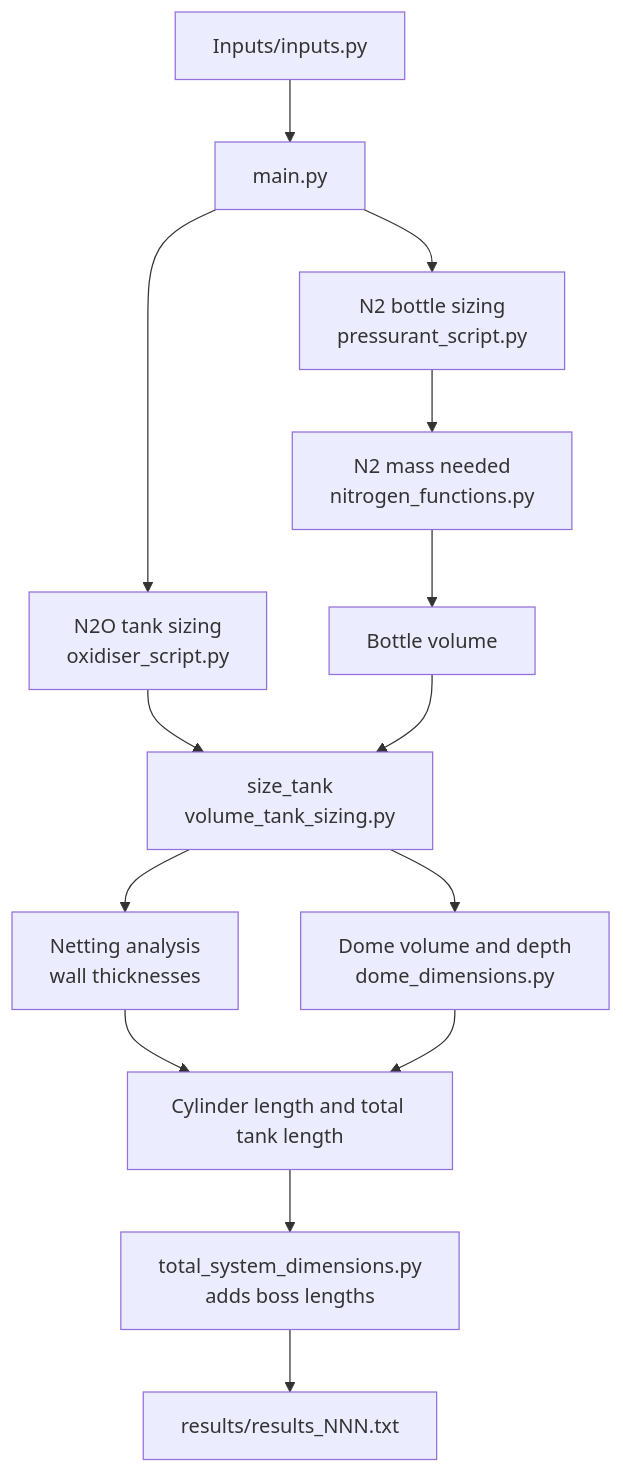
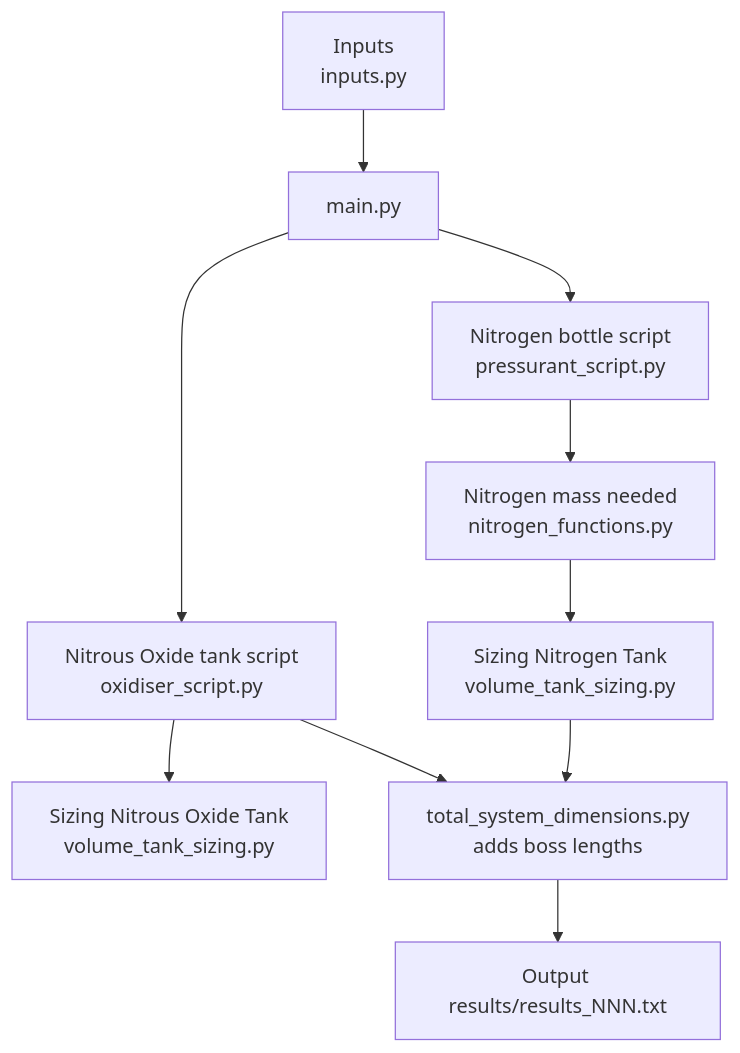
The diagram in README.md (TheRocketeer314/COPV-Tank-Solver), drawn with Mermaid before and after one commit. The commit also changed 1 other file, not shown here.

Commit message:
Fixed flowchart in README.

````diff
--- a/README.md
+++ b/README.md
@@ -12,16 +12,12 @@
 ```mermaid
 flowchart TD
-    A[Inputs/inputs.py] --> B[main.py]
-    B --> C[N2O tank sizing<br>oxidiser_script.py]
-    B --> D[N2 bottle sizing<br>pressurant_script.py]
-    D --> D1[N2 mass needed<br>nitrogen_functions.py]
-    D1 --> D2[Bottle volume]
-    C --> E[size_tank<br>volume_tank_sizing.py]
-    D2 --> E
-    E --> E1[Netting analysis<br>wall thicknesses]
-    E --> E2[Dome volume and depth<br>dome_dimensions.py]
-    E1 --> F[Cylinder length and total tank length]
-    E2 --> F
-    F --> G[total_system_dimensions.py<br>adds boss lengths]
-    G --> H[results/results_NNN.txt]
+    A[Inputs<br>inputs.py] --> B[main.py]
+    B --> C[Nitrous Oxide tank script<br>oxidiser_script.py]
+    B --> D[Nitrogen bottle script<br>pressurant_script.py]
+    D --> D1[Nitrogen mass needed<br>nitrogen_functions.py]
+    C --> E[Sizing Nitrous Oxide Tank<br>volume_tank_sizing.py]
+    D1 --> D2[Sizing Nitrogen Tank<br>volume_tank_sizing.py]
+    C --> F[total_system_dimensions.py<br>adds boss lengths]
+    D2 --> F
+    F --> G[Output results/results_NNN.txt]
 ```
````
